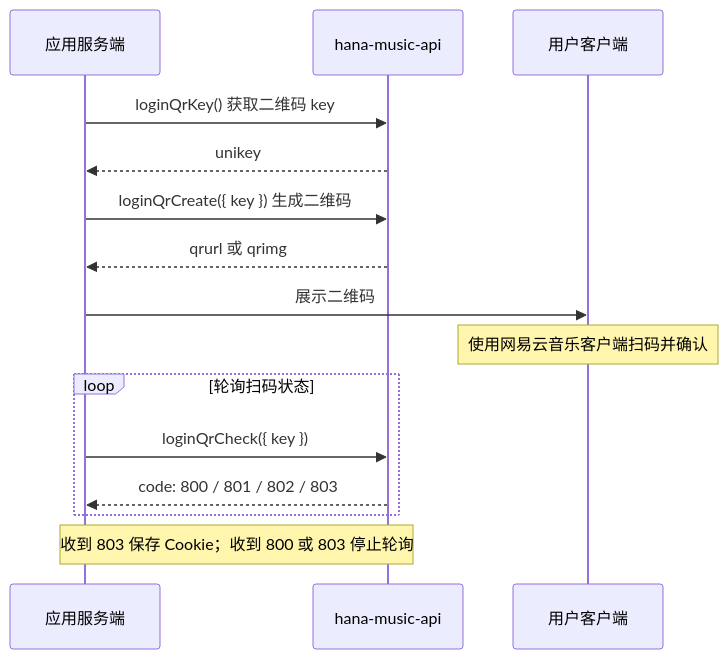
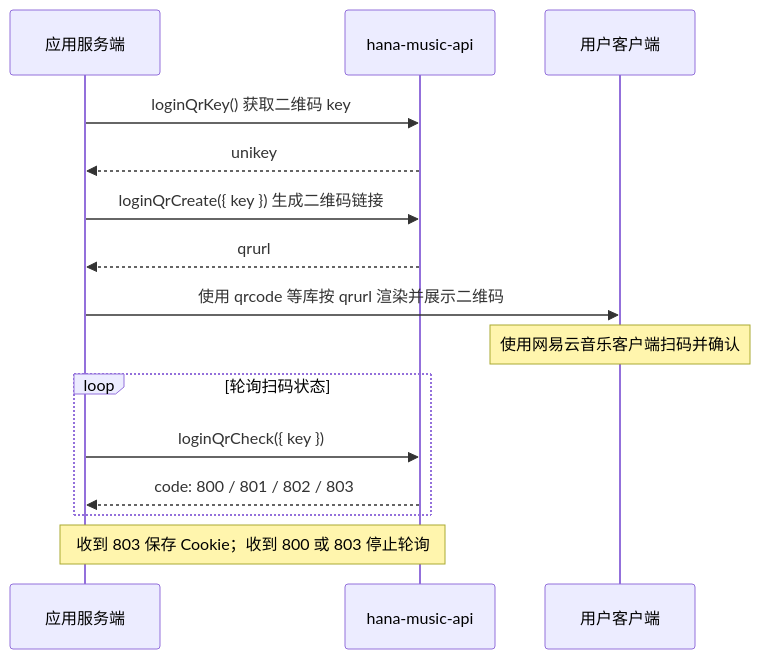
The diagram in website/guide/authentication.md (nonhana/hana-music-api), drawn with Mermaid before and after one commit. The commit also changed 69 other files, not shown here.

````diff
--- a/website/guide/authentication.md
+++ b/website/guide/authentication.md
@@ -18,17 +18,17 @@
 ```mermaid
 sequenceDiagram
   participant App as 应用服务端
   participant API as hana-music-api
   participant User as 用户客户端
   App->>API: loginQrKey() 获取二维码 key
   API-->>App: unikey
-  App->>API: loginQrCreate({ key }) 生成二维码
-  API-->>App: qrurl 或 qrimg
-  App->>User: 展示二维码
+  App->>API: loginQrCreate({ key }) 生成二维码链接
+  API-->>App: qrurl
+  App->>User: 使用 qrcode 等库按 qrurl 渲染并展示二维码
   Note over User: 使用网易云音乐客户端扫码并确认
   loop 轮询扫码状态
     App->>API: loginQrCheck({ key })
     API-->>App: code: 800 / 801 / 802 / 803
   end
   Note over App,API: 收到 803 保存 Cookie；收到 800 或 803 停止轮询
 ```
````
